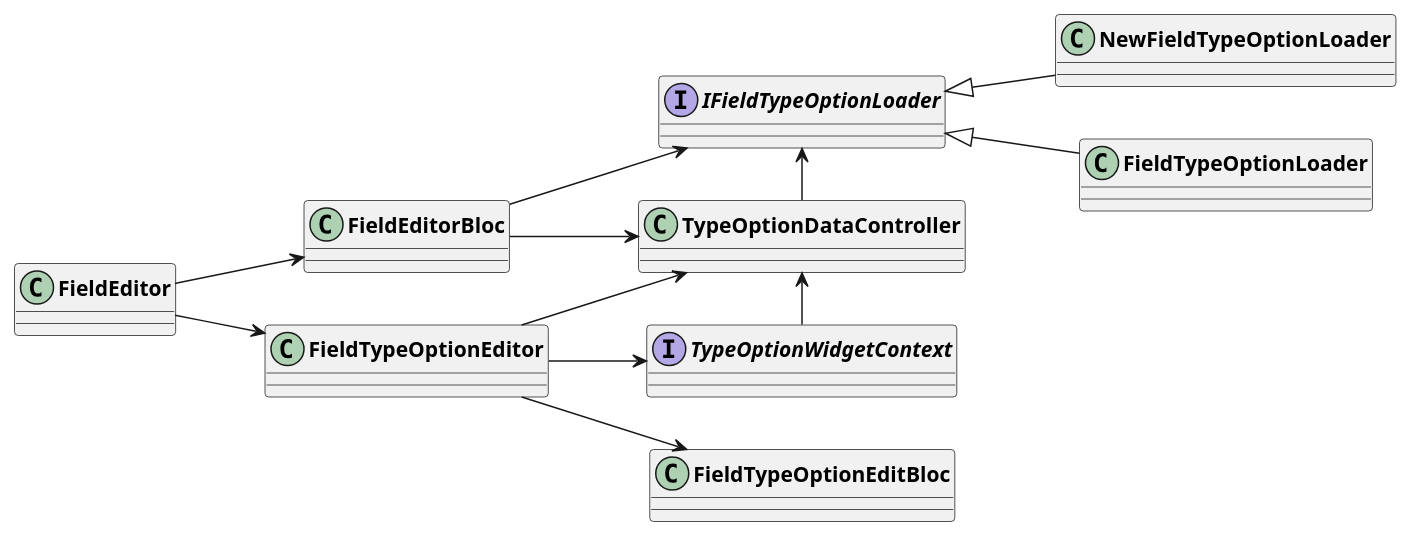
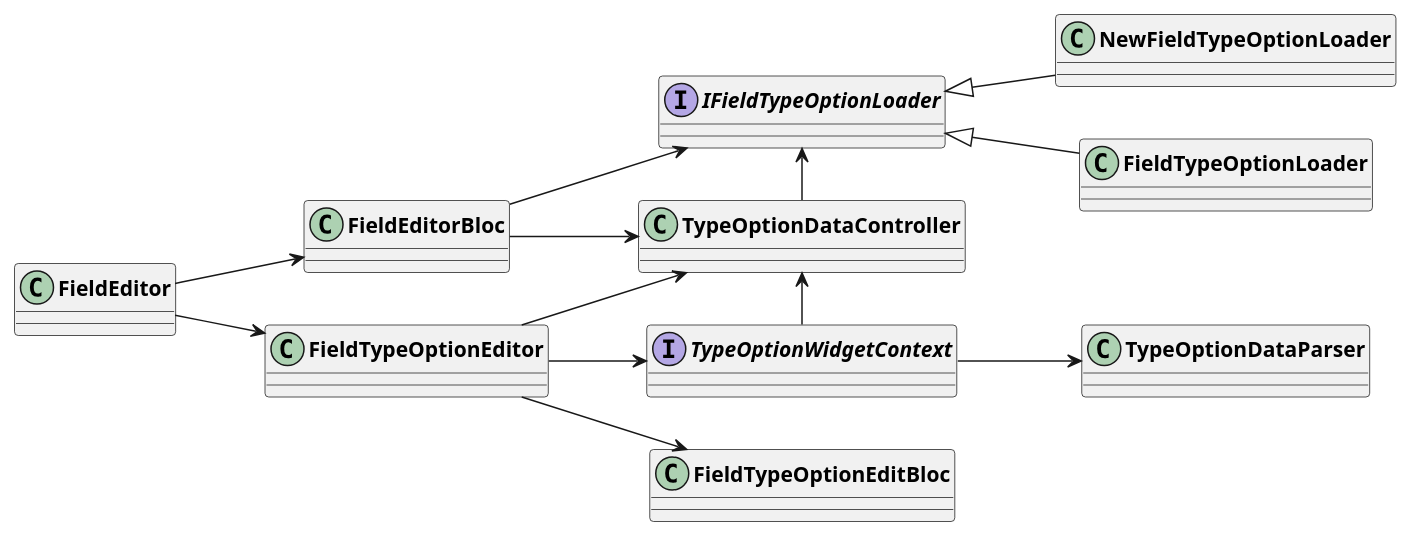
Before and after one commit to AppFlowy-IO/AppFlowy-Docs: the first of 2 diagrams in uml/dart_widget/grid_field.plantuml, drawn with PlantUML. The commit also changed other lines of this file and 2 other files, not shown here.

Commit message:
chore: update diagrams

```diff
--- a/uml/dart_widget/grid_field.plantuml
+++ b/uml/dart_widget/grid_field.plantuml
@@ -2,24 +2,27 @@
 @startuml Field Editor
 skinparam classFontStyle Bold
 skinparam ActivityBackgroundColor Silver
 skinparam ActivityBorderColor DimGray
 left to right direction
 
 interface IFieldTypeOptionLoader
 interface TypeOptionWidgetContext
 
 FieldEditor --> FieldEditorBloc
 FieldEditor --> FieldTypeOptionEditor
 
 'Context loader
 FieldEditorBloc --> IFieldTypeOptionLoader
 FieldEditorBloc --> TypeOptionDataController
 NewFieldTypeOptionLoader -u-|> IFieldTypeOptionLoader
 FieldTypeOptionLoader -u-|> IFieldTypeOptionLoader
 
 FieldTypeOptionEditor --> FieldTypeOptionEditBloc
 FieldTypeOptionEditor --> TypeOptionWidgetContext
 FieldTypeOptionEditor --> TypeOptionDataController
 TypeOptionDataController -l-> IFieldTypeOptionLoader
+
+'Context
 TypeOptionWidgetContext -l-> TypeOptionDataController
+TypeOptionWidgetContext --> TypeOptionDataParser
 @enduml
```
